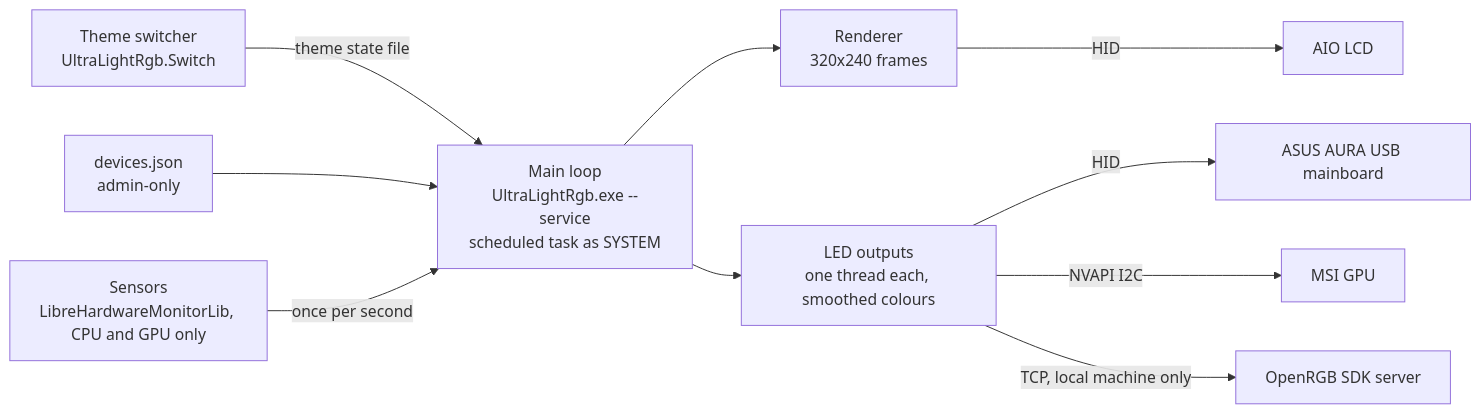
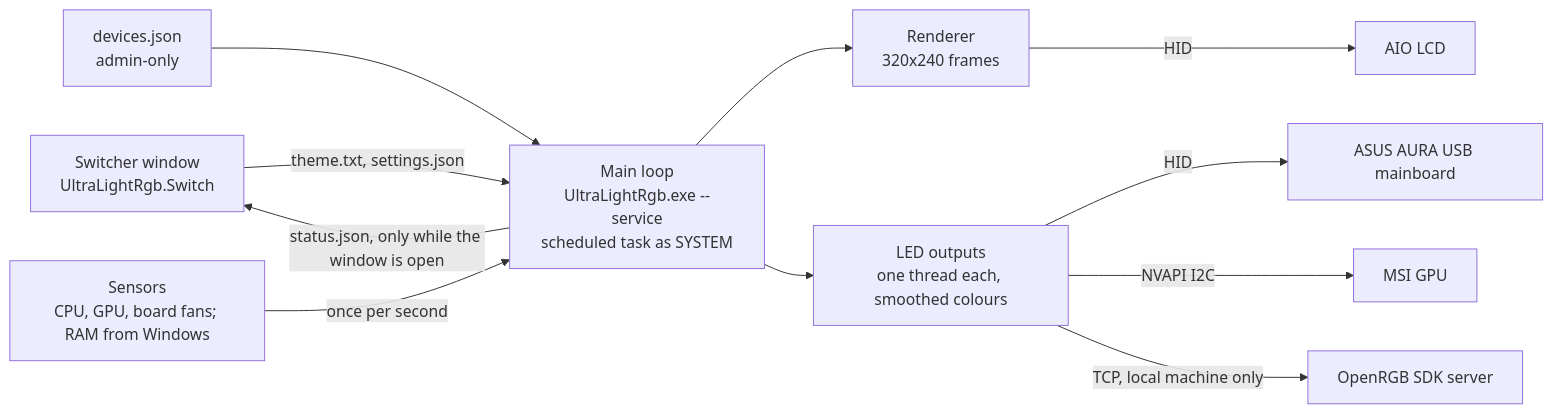
Before and after one commit to Blackwellcode/ultra-light-rgb-control: the diagram in README.md, drawn with Mermaid. The commit also changed other lines of this file and 6 other files, not shown here.

````diff
--- a/README.md
+++ b/README.md
@@ -23,12 +29,13 @@
 ```mermaid
 flowchart LR
-    SW["Theme switcher<br/>UltraLightRgb.Switch"] -->|theme state file| L
+    SW["Switcher window<br/>UltraLightRgb.Switch"] -->|theme.txt, settings.json| L
+    L -->|status.json, only while the window is open| SW
     CFG["devices.json<br/>admin-only"] --> L
-    S["Sensors<br/>LibreHardwareMonitorLib, CPU and GPU only"] -->|once per second| L["Main loop<br/>UltraLightRgb.exe --service<br/>scheduled task as SYSTEM"]
+    S["Sensors<br/>CPU, GPU, board fans; RAM from Windows"] -->|once per second| L["Main loop<br/>UltraLightRgb.exe --service<br/>scheduled task as SYSTEM"]
     L --> R["Renderer<br/>320x240 frames"]
     R -->|HID| LCD["AIO LCD"]
     L --> O["LED outputs<br/>one thread each, smoothed colours"]
     O -->|HID| A["ASUS AURA USB mainboard"]
     O -->|NVAPI I2C| G["MSI GPU"]
     O -->|TCP, local machine only| P["OpenRGB SDK server"]
 ```
````
